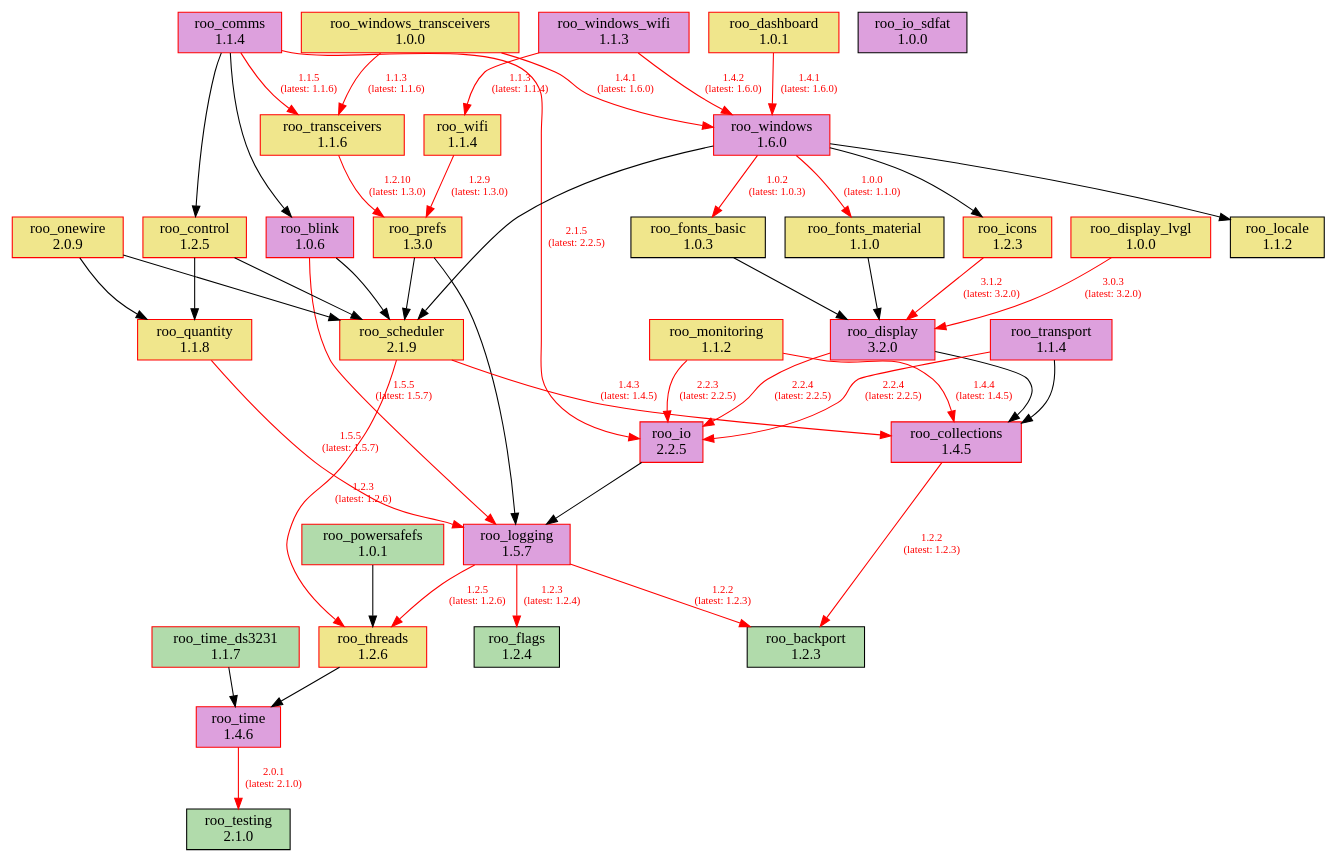
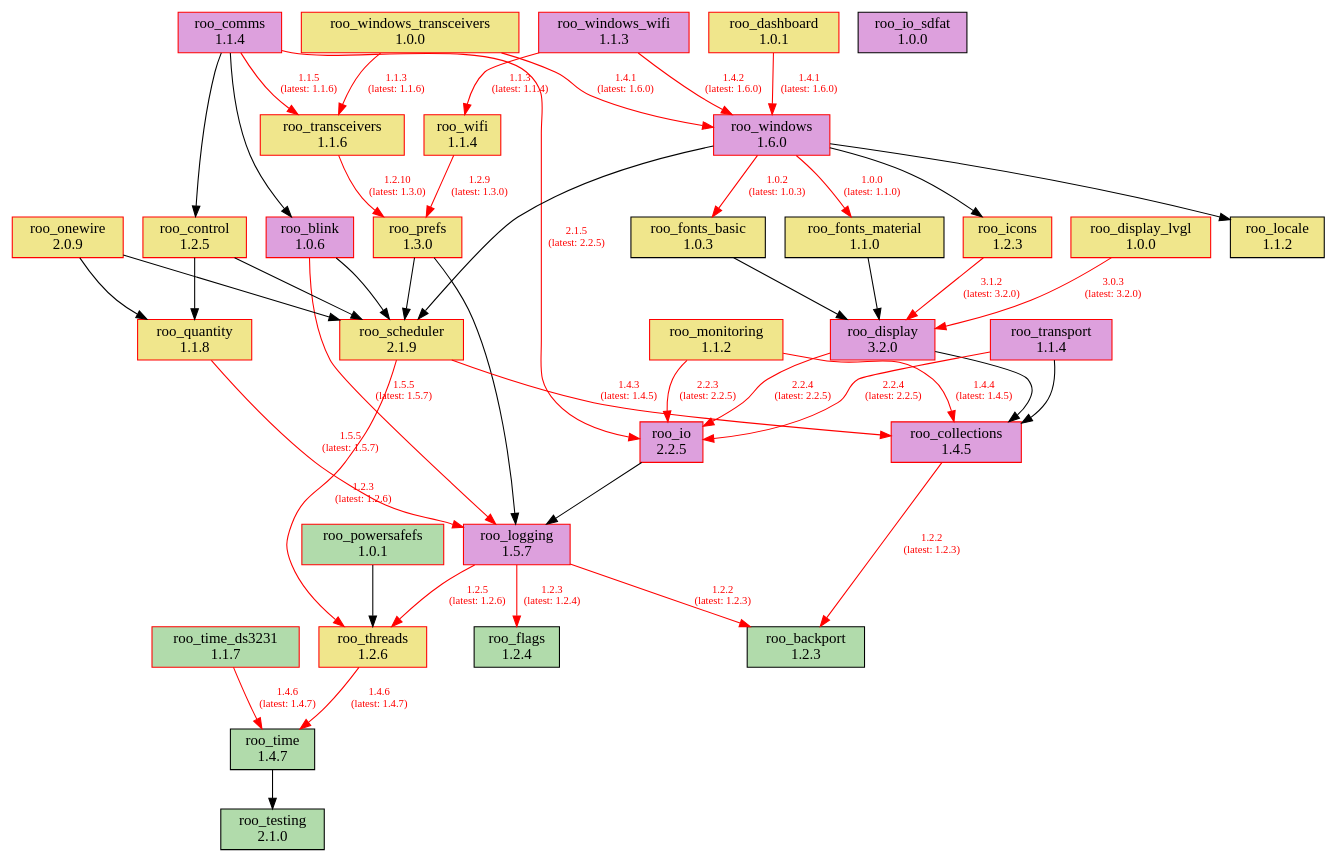
The diagram in doc/dependencies.dot (dejwk/roo-registry), drawn with Graphviz before and after one commit. The commit also changed 3 other files, not shown here.

Commit message:
Added roo_time 1.4.7 to the registry.

```diff
--- a/doc/dependencies.dot
+++ b/doc/dependencies.dot
@@ -1,87 +1,87 @@
 digraph dependencies {
     rankdir=TB;
     node [shape=box, style=filled];
     edge [fontsize=10];
 
     // Modules
     "roo_backport" [label="roo_backport\n1.2.3", fillcolor="#b1dbab", color="black"];
     "roo_blink" [label="roo_blink\n1.0.6", fillcolor="plum", color="red"];
     "roo_collections" [label="roo_collections\n1.4.5", fillcolor="plum", color="red"];
     "roo_comms" [label="roo_comms\n1.1.4", fillcolor="plum", color="red"];
     "roo_control" [label="roo_control\n1.2.5", fillcolor="khaki", color="red"];
     "roo_dashboard" [label="roo_dashboard\n1.0.1", fillcolor="khaki", color="red"];
     "roo_display" [label="roo_display\n3.2.0", fillcolor="plum", color="red"];
     "roo_display_lvgl" [label="roo_display_lvgl\n1.0.0", fillcolor="khaki", color="red"];
     "roo_flags" [label="roo_flags\n1.2.4", fillcolor="#b1dbab", color="black"];
     "roo_fonts_basic" [label="roo_fonts_basic\n1.0.3", fillcolor="khaki", color="black"];
     "roo_fonts_material" [label="roo_fonts_material\n1.1.0", fillcolor="khaki", color="black"];
     "roo_icons" [label="roo_icons\n1.2.3", fillcolor="khaki", color="red"];
     "roo_io" [label="roo_io\n2.2.5", fillcolor="plum", color="red"];
     "roo_io_sdfat" [label="roo_io_sdfat\n1.0.0", fillcolor="plum", color="black"];
     "roo_locale" [label="roo_locale\n1.1.2", fillcolor="khaki", color="black"];
     "roo_logging" [label="roo_logging\n1.5.7", fillcolor="plum", color="red"];
     "roo_monitoring" [label="roo_monitoring\n1.1.2", fillcolor="khaki", color="red"];
     "roo_onewire" [label="roo_onewire\n2.0.9", fillcolor="khaki", color="red"];
     "roo_powersafefs" [label="roo_powersafefs\n1.0.1", fillcolor="#b1dbab", color="red"];
     "roo_prefs" [label="roo_prefs\n1.3.0", fillcolor="khaki", color="red"];
     "roo_quantity" [label="roo_quantity\n1.1.8", fillcolor="khaki", color="red"];
     "roo_scheduler" [label="roo_scheduler\n2.1.9", fillcolor="khaki", color="red"];
     "roo_testing" [label="roo_testing\n2.1.0", fillcolor="#b1dbab", color="black"];
     "roo_threads" [label="roo_threads\n1.2.6", fillcolor="khaki", color="red"];
-    "roo_time" [label="roo_time\n1.4.6", fillcolor="plum", color="red"];
+    "roo_time" [label="roo_time\n1.4.7", fillcolor="#b1dbab", color="black"];
     "roo_time_ds3231" [label="roo_time_ds3231\n1.1.7", fillcolor="#b1dbab", color="red"];
     "roo_transceivers" [label="roo_transceivers\n1.1.6", fillcolor="khaki", color="red"];
     "roo_transport" [label="roo_transport\n1.1.4", fillcolor="plum", color="red"];
     "roo_wifi" [label="roo_wifi\n1.1.4", fillcolor="khaki", color="red"];
     "roo_windows" [label="roo_windows\n1.6.0", fillcolor="plum", color="red"];
     "roo_windows_transceivers" [label="roo_windows_transceivers\n1.0.0", fillcolor="khaki", color="red"];
     "roo_windows_wifi" [label="roo_windows_wifi\n1.1.3", fillcolor="plum", color="red"];
 
     // Dependencies
     "roo_blink" -> "roo_logging" [color=red, fontcolor=red, label="1.5.5\n(latest: 1.5.7)"];
     "roo_blink" -> "roo_scheduler";
     "roo_collections" -> "roo_backport" [color=red, fontcolor=red, label="1.2.2\n(latest: 1.2.3)"];
     "roo_comms" -> "roo_blink";
     "roo_comms" -> "roo_control";
     "roo_comms" -> "roo_io" [color=red, fontcolor=red, label="2.1.5\n(latest: 2.2.5)"];
     "roo_comms" -> "roo_transceivers" [color=red, fontcolor=red, label="1.1.5\n(latest: 1.1.6)"];
     "roo_control" -> "roo_quantity";
     "roo_control" -> "roo_scheduler";
     "roo_dashboard" -> "roo_windows" [color=red, fontcolor=red, label="1.4.1\n(latest: 1.6.0)"];
     "roo_display" -> "roo_collections";
     "roo_display" -> "roo_io" [color=red, fontcolor=red, label="2.2.4\n(latest: 2.2.5)"];
     "roo_display_lvgl" -> "roo_display" [color=red, fontcolor=red, label="3.0.3\n(latest: 3.2.0)"];
     "roo_fonts_basic" -> "roo_display";
     "roo_fonts_material" -> "roo_display";
     "roo_icons" -> "roo_display" [color=red, fontcolor=red, label="3.1.2\n(latest: 3.2.0)"];
     "roo_io" -> "roo_logging";
     "roo_logging" -> "roo_backport" [color=red, fontcolor=red, label="1.2.2\n(latest: 1.2.3)"];
     "roo_logging" -> "roo_flags" [color=red, fontcolor=red, label="1.2.3\n(latest: 1.2.4)"];
     "roo_logging" -> "roo_threads" [color=red, fontcolor=red, label="1.2.5\n(latest: 1.2.6)"];
     "roo_monitoring" -> "roo_collections" [color=red, fontcolor=red, label="1.4.4\n(latest: 1.4.5)"];
     "roo_monitoring" -> "roo_io" [color=red, fontcolor=red, label="2.2.3\n(latest: 2.2.5)"];
     "roo_onewire" -> "roo_scheduler";
     "roo_onewire" -> "roo_quantity";
     "roo_powersafefs" -> "roo_threads";
     "roo_prefs" -> "roo_logging";
     "roo_prefs" -> "roo_scheduler";
     "roo_quantity" -> "roo_logging" [color=red, fontcolor=red, label="1.5.5\n(latest: 1.5.7)"];
     "roo_scheduler" -> "roo_collections" [color=red, fontcolor=red, label="1.4.3\n(latest: 1.4.5)"];
     "roo_scheduler" -> "roo_threads" [color=red, fontcolor=red, label="1.2.3\n(latest: 1.2.6)"];
-    "roo_threads" -> "roo_time";
-    "roo_time" -> "roo_testing" [color=red, fontcolor=red, label="2.0.1\n(latest: 2.1.0)"];
-    "roo_time_ds3231" -> "roo_time";
+    "roo_threads" -> "roo_time" [color=red, fontcolor=red, label="1.4.6\n(latest: 1.4.7)"];
+    "roo_time" -> "roo_testing";
+    "roo_time_ds3231" -> "roo_time" [color=red, fontcolor=red, label="1.4.6\n(latest: 1.4.7)"];
     "roo_transceivers" -> "roo_prefs" [color=red, fontcolor=red, label="1.2.10\n(latest: 1.3.0)"];
     "roo_transport" -> "roo_collections";
     "roo_transport" -> "roo_io" [color=red, fontcolor=red, label="2.2.4\n(latest: 2.2.5)"];
     "roo_wifi" -> "roo_prefs" [color=red, fontcolor=red, label="1.2.9\n(latest: 1.3.0)"];
     "roo_windows" -> "roo_fonts_basic" [color=red, fontcolor=red, label="1.0.2\n(latest: 1.0.3)"];
     "roo_windows" -> "roo_fonts_material" [color=red, fontcolor=red, label="1.0.0\n(latest: 1.1.0)"];
     "roo_windows" -> "roo_locale";
     "roo_windows" -> "roo_icons";
     "roo_windows" -> "roo_scheduler";
     "roo_windows_transceivers" -> "roo_transceivers" [color=red, fontcolor=red, label="1.1.3\n(latest: 1.1.6)"];
     "roo_windows_transceivers" -> "roo_windows" [color=red, fontcolor=red, label="1.4.1\n(latest: 1.6.0)"];
     "roo_windows_wifi" -> "roo_wifi" [color=red, fontcolor=red, label="1.1.3\n(latest: 1.1.4)"];
     "roo_windows_wifi" -> "roo_windows" [color=red, fontcolor=red, label="1.4.2\n(latest: 1.6.0)"];
 }
```
